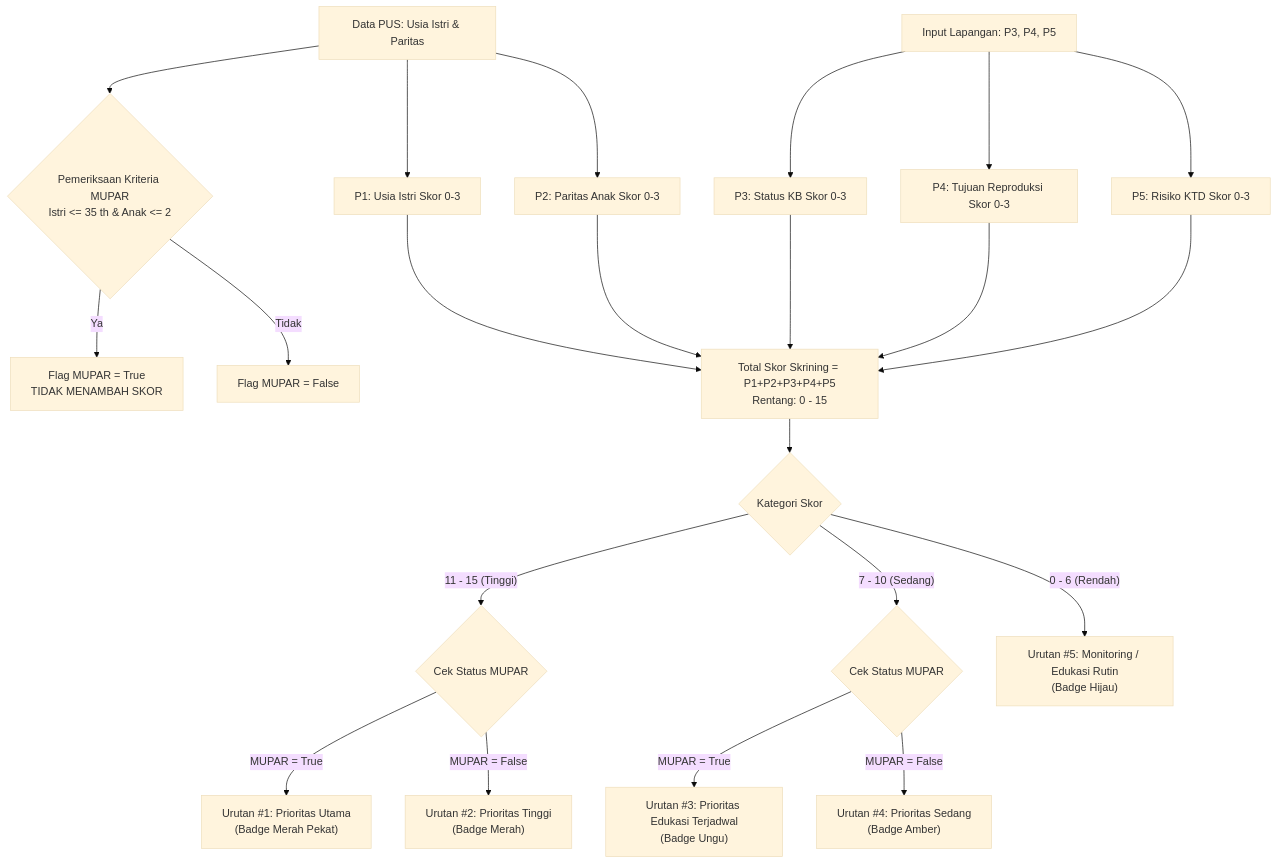
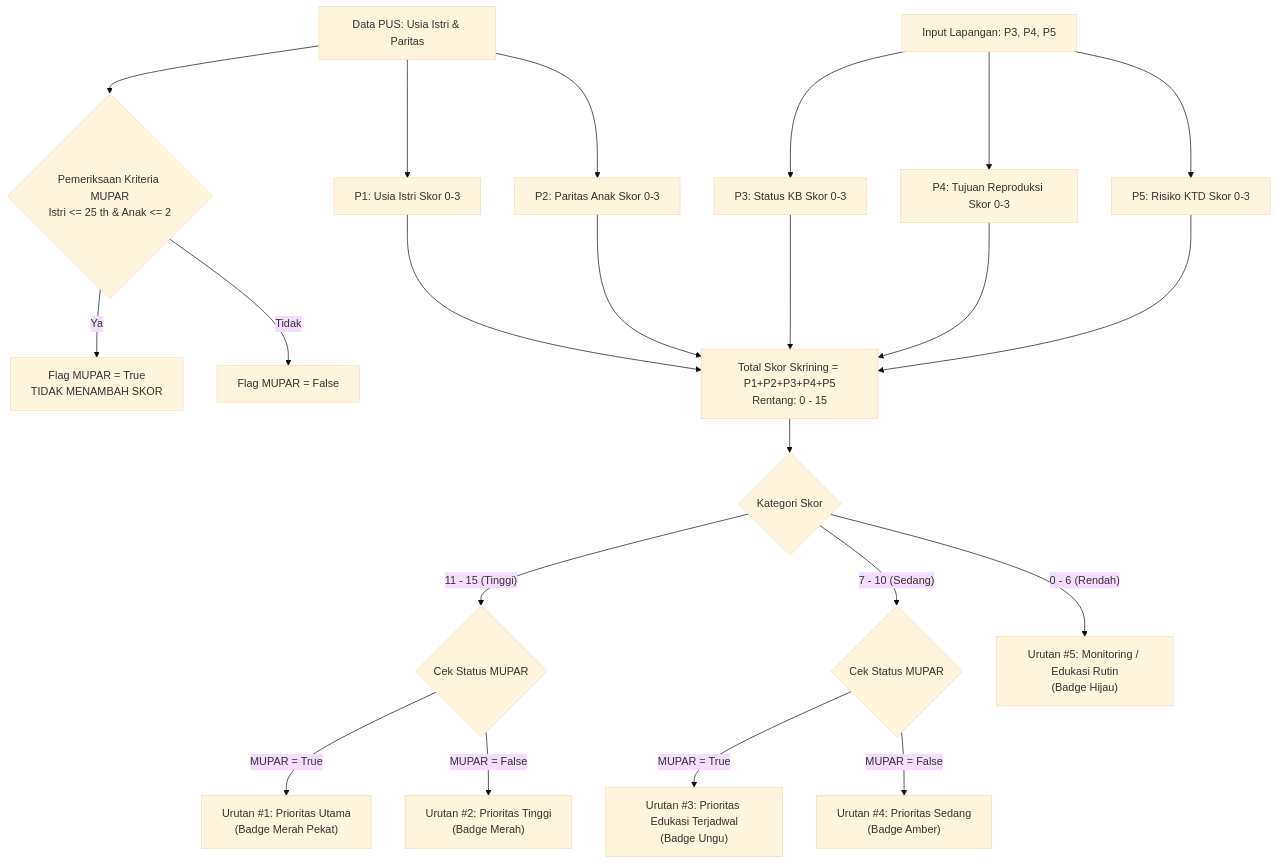
The diagram in PANDUAN_PENGGUNAAN.md (hoirulr/simentilin), drawn with Mermaid (base theme) before and after one commit. The commit also changed 10 other files, not shown here.

````diff
--- a/PANDUAN_PENGGUNAAN.md
+++ b/PANDUAN_PENGGUNAAN.md
@@ -36,29 +36,29 @@
 ```mermaid
 graph TD
     A[Data PUS: Usia Istri & Paritas] --> B[P1: Usia Istri Skor 0-3]
     A --> C[P2: Paritas Anak Skor 0-3]
-    A --> D{Pemeriksaan Kriteria MUPAR<br>Istri <= 35 th & Anak <= 2}
+    A --> D{Pemeriksaan Kriteria MUPAR<br>Istri <= 25 th & Anak <= 2}
     D -- Ya --> E[Flag MUPAR = True<br>TIDAK MENAMBAH SKOR]
     D -- Tidak --> F[Flag MUPAR = False]
     
     G[Input Lapangan: P3, P4, P5] --> H[P3: Status KB Skor 0-3]
     G --> I[P4: Tujuan Reproduksi Skor 0-3]
     G --> J[P5: Risiko KTD Skor 0-3]
     
     B --> K[Total Skor Skrining = P1+P2+P3+P4+P5<br>Rentang: 0 - 15]
     C --> K
     H --> K
     I --> K
     J --> K
     
     K --> L{Kategori Skor}
     L -- "11 - 15 (Tinggi)" --> M{Cek Status MUPAR}
     M -- "MUPAR = True" --> N1["Urutan #1: Prioritas Utama<br>(Badge Merah Pekat)"]
     M -- "MUPAR = False" --> N2["Urutan #2: Prioritas Tinggi<br>(Badge Merah)"]
     
     L -- "7 - 10 (Sedang)" --> O{Cek Status MUPAR}
     O -- "MUPAR = True" --> P1["Urutan #3: Prioritas Edukasi Terjadwal<br>(Badge Ungu)"]
     O -- "MUPAR = False" --> P2["Urutan #4: Prioritas Sedang<br>(Badge Amber)"]
     
     L -- "0 - 6 (Rendah)" --> Q["Urutan #5: Monitoring / Edukasi Rutin<br>(Badge Hijau)"]
 ```
````
